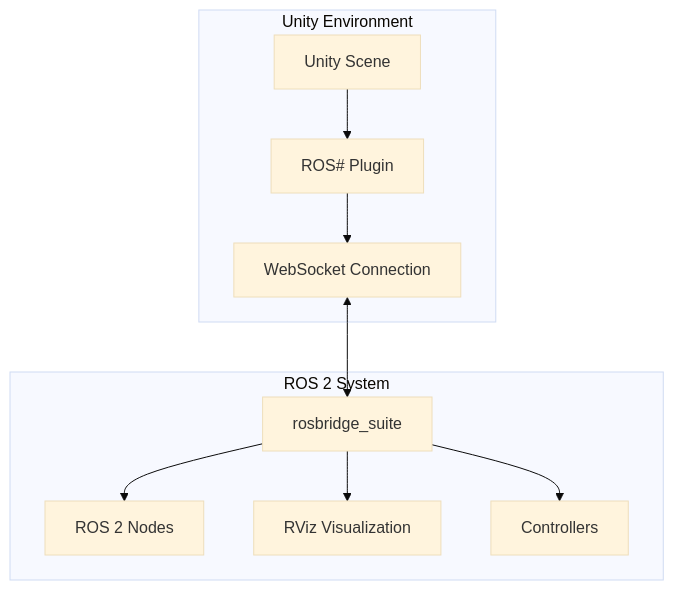
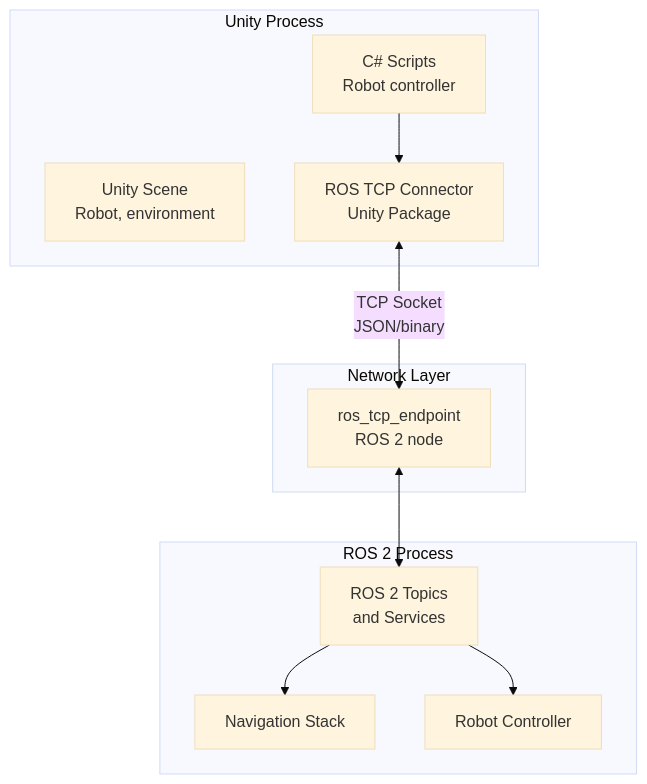
Before and after one commit to SheebaZaim/Physical-AI-and-Humanoid-Robtoics: the second of 2 diagrams in project/frontend/docs/simulation/unity-integration.md, drawn with Mermaid (base theme). The commit also changed other lines of this file and 15 other files, not shown here.

Commit message:
Enrich book content: comprehensive chapters with code, diagrams, images

````diff
--- a/project/frontend/docs/simulation/unity-integration.md
+++ b/project/frontend/docs/simulation/unity-integration.md
@@ -12,15 +49,23 @@
-  ```mermaid
-  graph TB
-      subgraph "Unity Environment"
-          A[Unity Scene] --> B[ROS# Plugin]
-          B --> C[WebSocket Connection]
-      end
+```mermaid
+graph TB
+    subgraph "Unity Process"
+        Scene[Unity Scene<br/>Robot, environment]
+        Scripts[C# Scripts<br/>Robot controller]
+        ROSTCP[ROS TCP Connector<br/>Unity Package]
+        Scripts --> ROSTCP
+    end
 
-      C <--> D[rosbridge_suite]
+    subgraph "Network Layer"
+        ROSTCP <-->|TCP Socket<br/>JSON/binary| Endpoint
+    end
 
-      subgraph "ROS 2 System"
-          D --> E[ROS 2 Nodes]
-          D --> F[RViz Visualization]
-          D --> G[Controllers]
-      end
-  ```
+    subgraph "ROS 2 Process"
+        Endpoint[ros_tcp_endpoint<br/>ROS 2 node]
+        Topics[ROS 2 Topics<br/>and Services]
+        Nav[Navigation Stack]
+        Control[Robot Controller]
+        Endpoint <--> Topics
+        Topics --> Nav
+        Topics --> Control
+    end
+```
````
